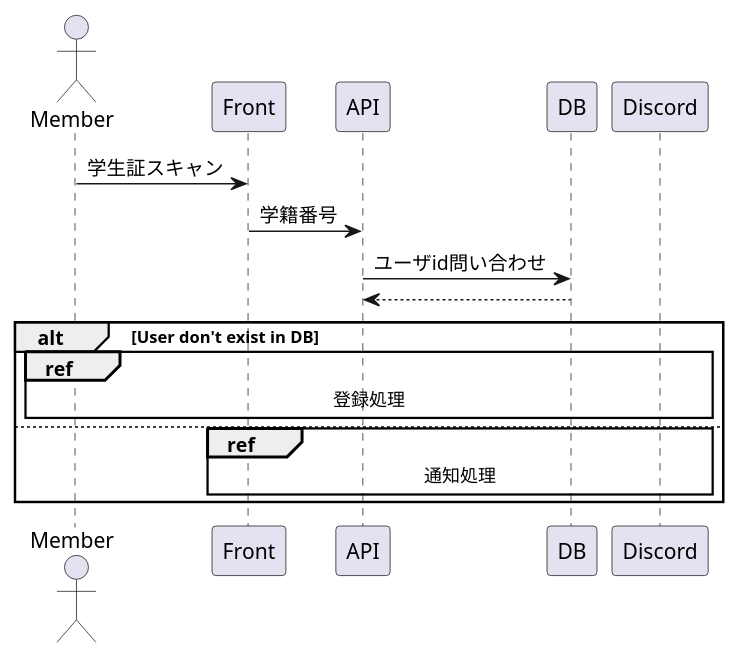
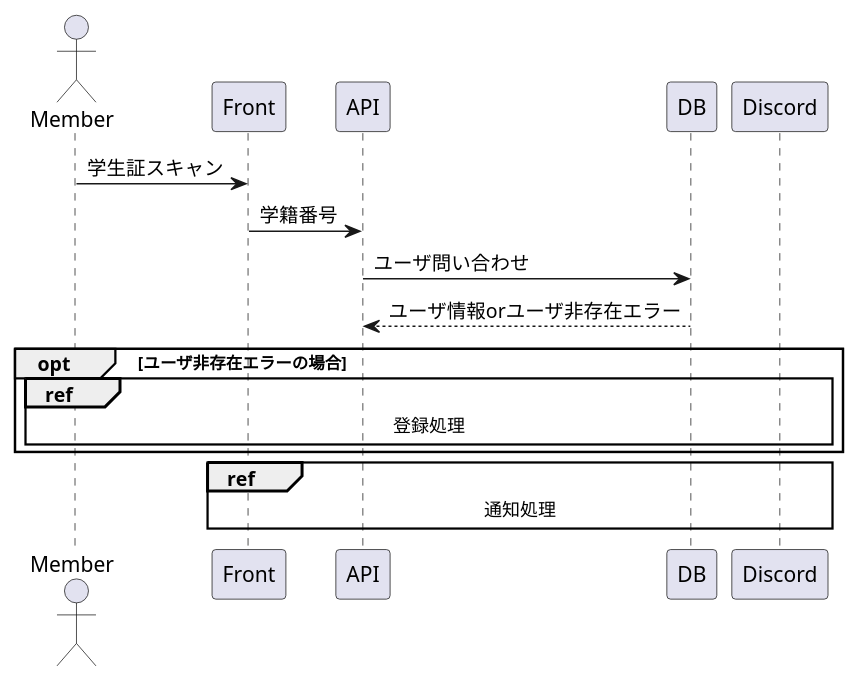
Before and after one commit to selelab/entrance_management: the diagram in uml/overview.pu, drawn with PlantUML. The commit also changed 5 other files, not shown here.

```diff
--- a/uml/overview.pu
+++ b/uml/overview.pu
@@ -1,18 +1,17 @@
 @startuml
 actor       Member       as men
 participant Front as scr
 participant API as api
 participant DB as db
 participant Discord as dis
 
 men->scr:学生証スキャン
 scr->api:学籍番号
-api->db:ユーザid問い合わせ
-db-->api:
+api->db:ユーザ問い合わせ
+db-->api:ユーザ情報orユーザ非存在エラー
 
-alt User don't exist in DB
+opt ユーザ非存在エラーの場合
     ref over men, dis : 登録処理
-else 
+end
     ref over scr, dis : 通知処理
-end
 @enduml
```
